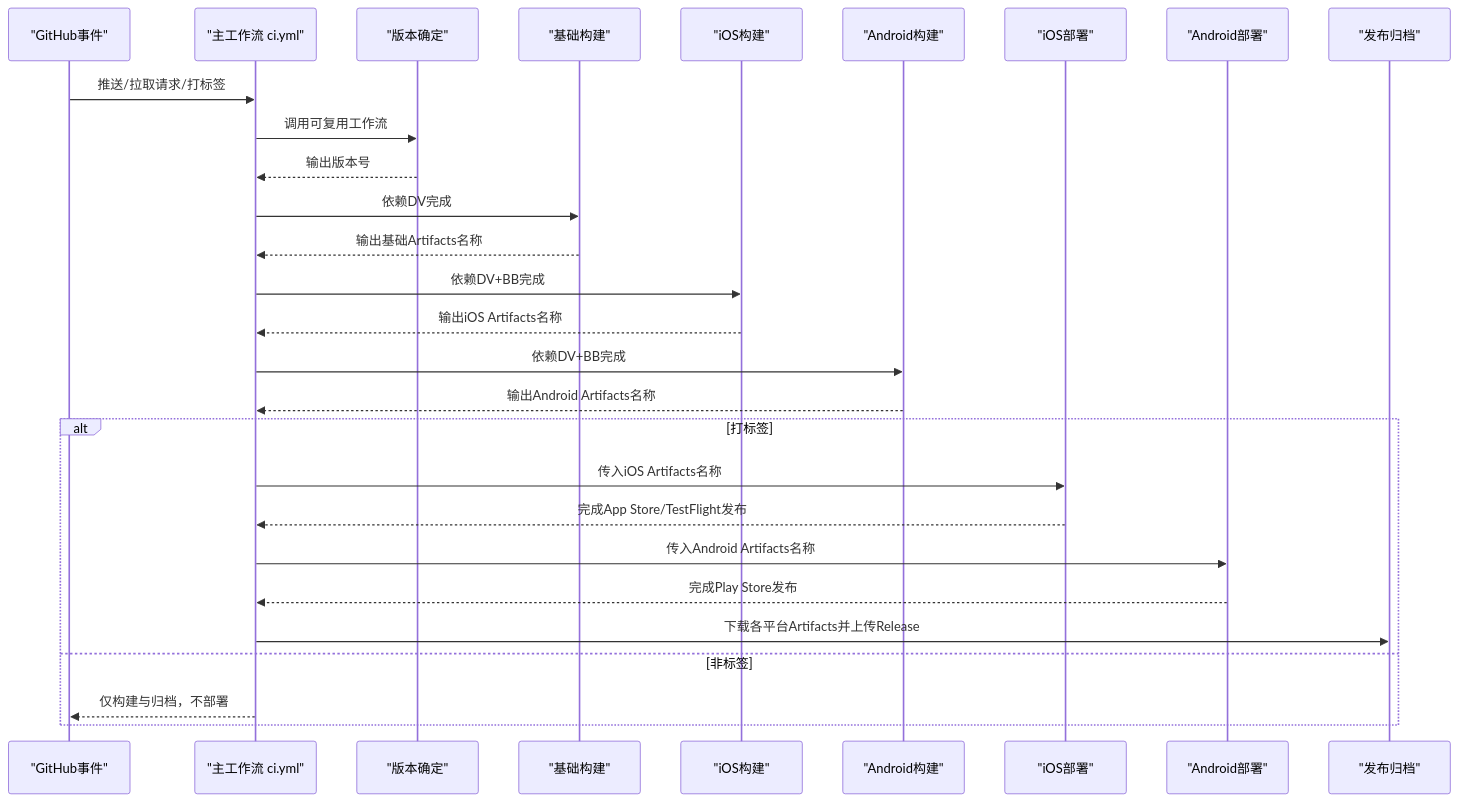
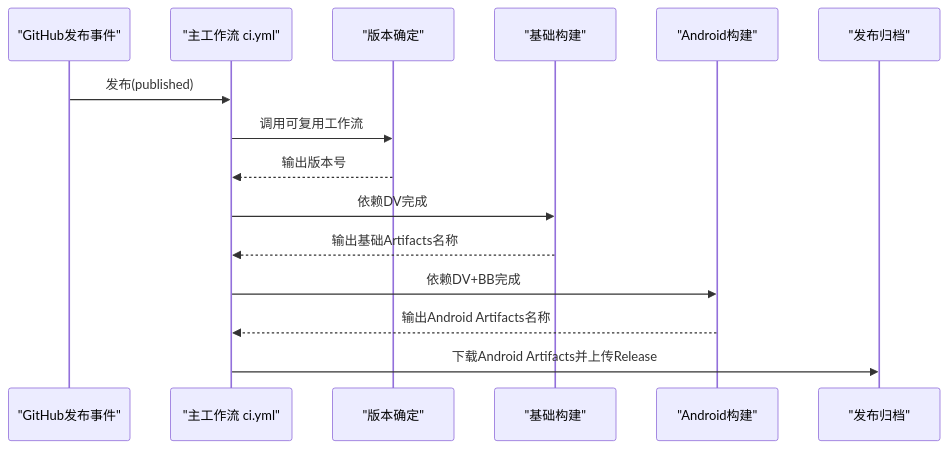
Before and after one commit to dingxyang/Macro-Deck-Client-App: the second of 3 diagrams in .qoder/repowiki/zh/content/构建与部署/CI_CD流程.md, drawn with Mermaid. The commit also changed other lines of this file and 47 other files, not shown here.

````diff
--- a/.qoder/repowiki/zh/content/构建与部署/CI_CD流程.md
+++ b/.qoder/repowiki/zh/content/构建与部署/CI_CD流程.md
@@ -89,30 +82,17 @@
 ```mermaid
 sequenceDiagram
-participant GH as "GitHub事件"
+participant GH as "GitHub发布事件"
 participant CI as "主工作流 ci.yml"
 participant DV as "版本确定"
 participant BB as "基础构建"
-participant IOB as "iOS构建"
 participant ADB as "Android构建"
-participant IOSD as "iOS部署"
-participant ANDD as "Android部署"
 participant REL as "发布归档"
-GH->>CI : 推送/拉取请求/打标签
+GH->>CI : 发布(published)
 CI->>DV : 调用可复用工作流
 DV-->>CI : 输出版本号
 CI->>BB : 依赖DV完成
 BB-->>CI : 输出基础Artifacts名称
-CI->>IOB : 依赖DV+BB完成
-IOB-->>CI : 输出iOS Artifacts名称
 CI->>ADB : 依赖DV+BB完成
 ADB-->>CI : 输出Android Artifacts名称
-alt 打标签
-CI->>IOSD : 传入iOS Artifacts名称
-IOSD-->>CI : 完成App Store/TestFlight发布
-CI->>ANDD : 传入Android Artifacts名称
-ANDD-->>CI : 完成Play Store发布
-CI->>REL : 下载各平台Artifacts并上传Release
-else 非标签
-CI-->>GH : 仅构建与归档，不部署
-end
+CI->>REL : 下载Android Artifacts并上传Release
 ```
````
